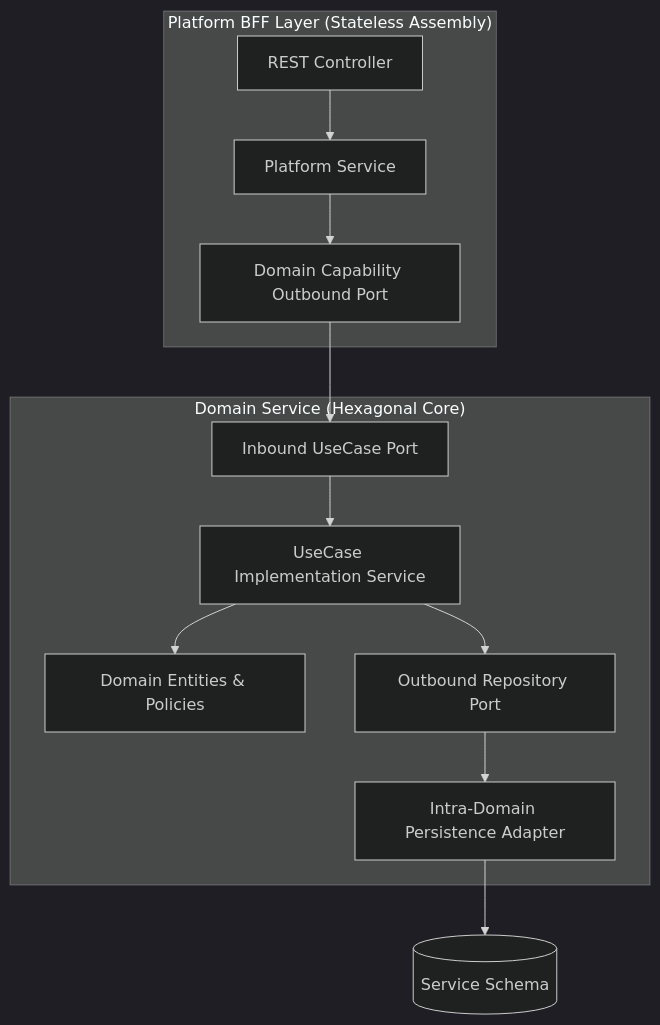
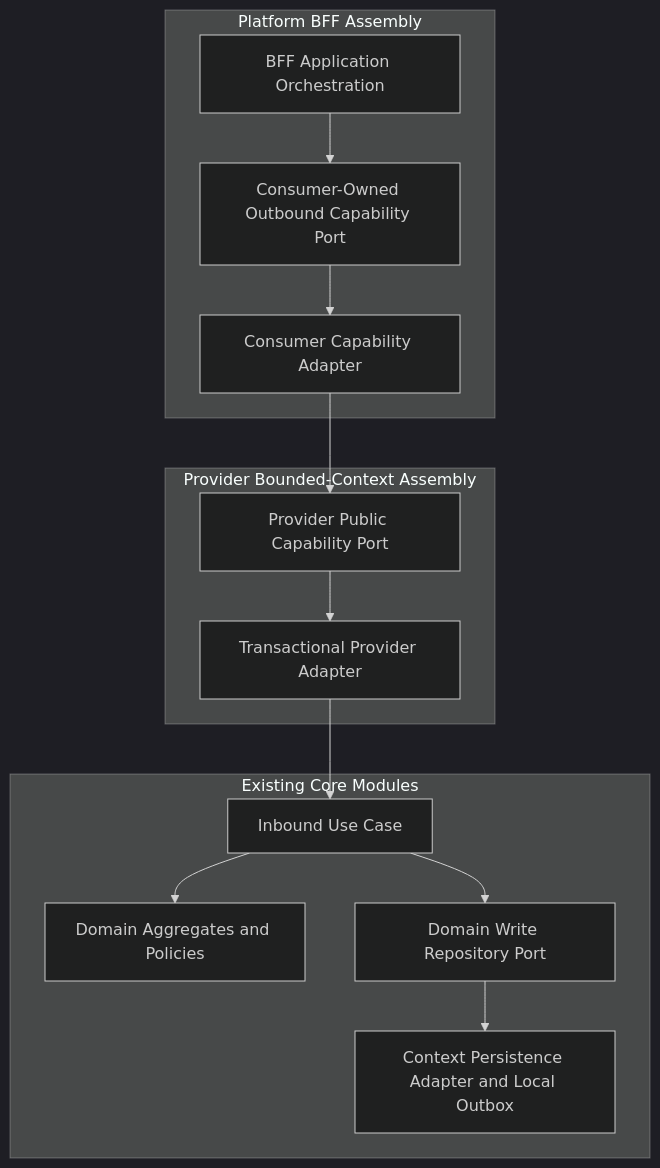
The diagram in docs/features/feat_009-modular-hexagonal-package-structure.md (khinemyaezin/grab), drawn with Mermaid (dark theme) before and after one commit. The commit also changed other lines of this file and 1 other file, not shown here.

Commit message:
feat: update outbox strategy to use a single shared outbox table per service group schema

````diff
--- a/docs/features/feat_009-modular-hexagonal-package-structure.md
+++ b/docs/features/feat_009-modular-hexagonal-package-structure.md
@@ -49,17 +59,17 @@
 ```mermaid
 flowchart TD
-    subgraph PlatformBFF ["Platform BFF Layer (Stateless Assembly)"]
-        WebController["REST Controller"] --> BFFService["Platform Service"]
-        BFFService --> CapabilityPort["Domain Capability Outbound Port"]
+    subgraph PlatformBFF ["Platform BFF Assembly"]
+        Orchestration["BFF Application Orchestration"] --> ConsumerPort["Consumer-Owned Outbound Capability Port"]
+        ConsumerPort --> ConsumerAdapter["Consumer Capability Adapter"]
     end
-
-    subgraph DomainService ["Domain Service (Hexagonal Core)"]
-        CapabilityPort --> InboundPort["Inbound UseCase Port"]
-        InboundPort --> UseCaseService["UseCase Implementation Service"]
-        UseCaseService --> DomainCore["Domain Entities & Policies"]
-        UseCaseService --> OutboundPort["Outbound Repository Port"]
-        OutboundPort --> PersistenceAdapter["Intra-Domain Persistence Adapter"]
+    subgraph ContextAssembly ["Provider Bounded-Context Assembly"]
+        ConsumerAdapter --> PublicPort["Provider Public Capability Port"]
+        PublicPort --> ProviderAdapter["Transactional Provider Adapter"]
     end
-
-    PersistenceAdapter --> Database[("Service Schema")]
+    subgraph Core ["Existing Core Modules"]
+        ProviderAdapter --> UseCase["Inbound Use Case"]
+        UseCase --> Rules["Domain Aggregates and Policies"]
+        UseCase --> Repository["Domain Write Repository Port"]
+        Repository --> Persistence["Context Persistence Adapter and Local Outbox"]
+    end
 ```
````
